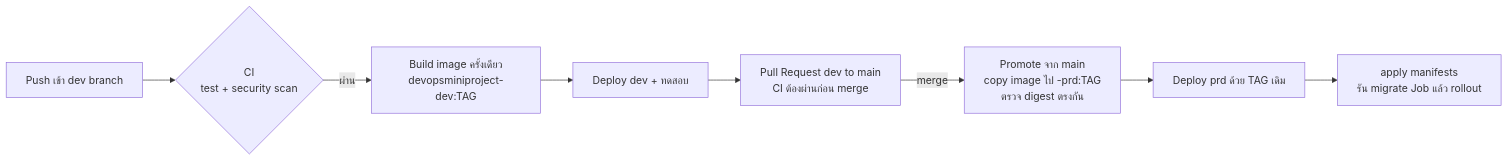
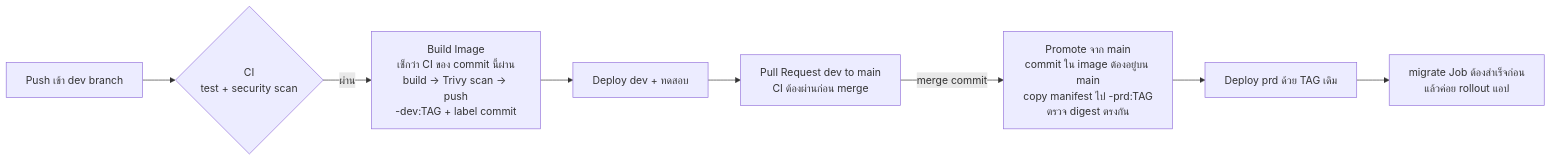
Before and after one commit to thanutgit/DevOpsMiniProject: the second of 2 diagrams in README.md, drawn with Mermaid. The commit also changed other lines of this file and 1 other file, not shown here.

````diff
--- a/README.md
+++ b/README.md
@@ -77,10 +77,10 @@
 ```mermaid
 flowchart LR
     Push[Push เข้า dev branch] --> CI{CI<br/>test + security scan}
-    CI -->|ผ่าน| Build[Build image ครั้งเดียว<br/>devopsminiproject-dev:TAG]
+    CI -->|ผ่าน| Build[Build Image<br/>เช็กว่า CI ของ commit นี้ผ่าน<br/>build → Trivy scan → push<br/>-dev:TAG + label commit]
     Build --> DevDeploy[Deploy dev + ทดสอบ]
     DevDeploy --> PR[Pull Request dev to main<br/>CI ต้องผ่านก่อน merge]
-    PR -->|merge| Promote[Promote จาก main<br/>copy image ไป -prd:TAG<br/>ตรวจ digest ตรงกัน]
+    PR -->|merge commit| Promote[Promote จาก main<br/>commit ใน image ต้องอยู่บน main<br/>copy manifest ไป -prd:TAG<br/>ตรวจ digest ตรงกัน]
     Promote --> PrdDeploy[Deploy prd ด้วย TAG เดิม]
-    PrdDeploy --> K8s[apply manifests<br/>รัน migrate Job แล้ว rollout]
+    PrdDeploy --> K8s[migrate Job ต้องสำเร็จก่อน<br/>แล้วค่อย rollout แอป]
 ```
````
